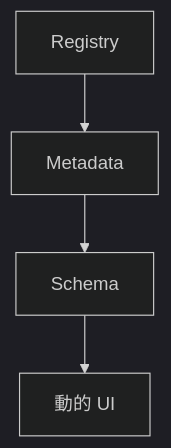
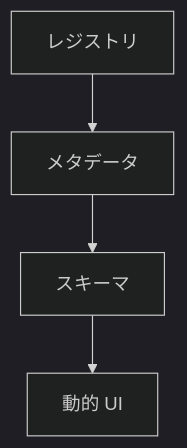
The fifth of 34 diagrams in docsMod/core_api.md (stein2nd/docs-linter), drawn with Mermaid (dark theme) before and after one commit. The commit also changed other lines of this file, not shown here.

````diff
--- a/docsMod/core_api.md
+++ b/docsMod/core_api.md
@@ -1745,6 +1745,6 @@
 ```mermaid
 flowchart TD
-  A["Registry"] --> B["Metadata"]
-  B --> C["Schema"]
+  A["レジストリ"] --> B["メタデータ"]
+  B --> C["スキーマ"]
   C --> D["動的 UI"]
 ```
````
